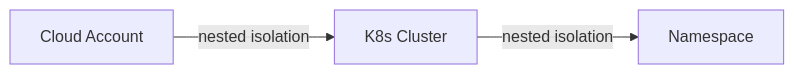
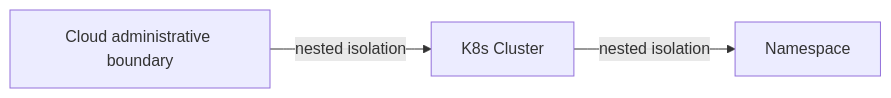
Before and after one commit to wagov-dtt/architecture-decision-records: the diagram in security/001-isolation.md, drawn with Mermaid. The commit also changed other lines of this file and 35 other files, not shown here.

First line of the commit message:
Modernise cyber protection architecture guidance (#29)

````diff
--- a/security/001-isolation.md
+++ b/security/001-isolation.md
@@ -24,8 +26,8 @@
 ```mermaid
 flowchart LR
-    account[Cloud Account]
+    account[Cloud administrative boundary]
     cluster[K8s Cluster]
     namespace[Namespace]
 
     account -->|nested isolation| cluster -->|nested isolation| namespace
 ```
````
